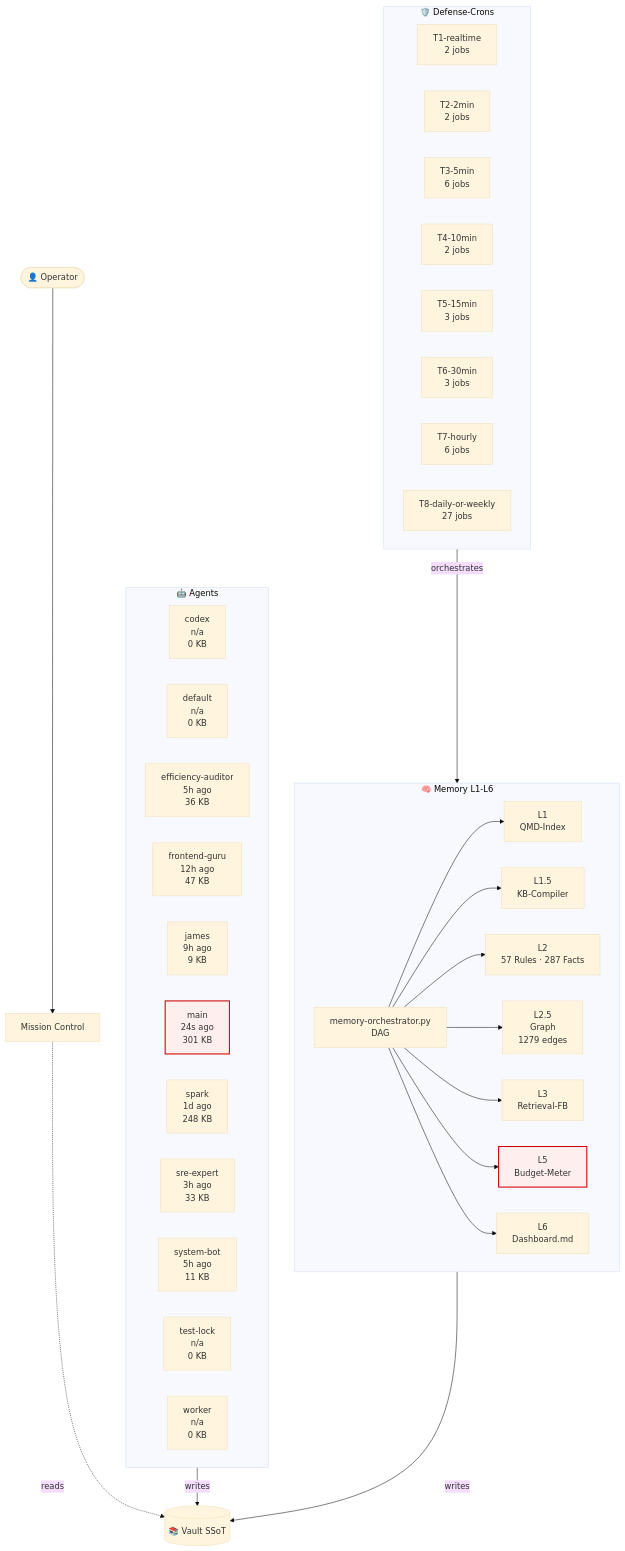
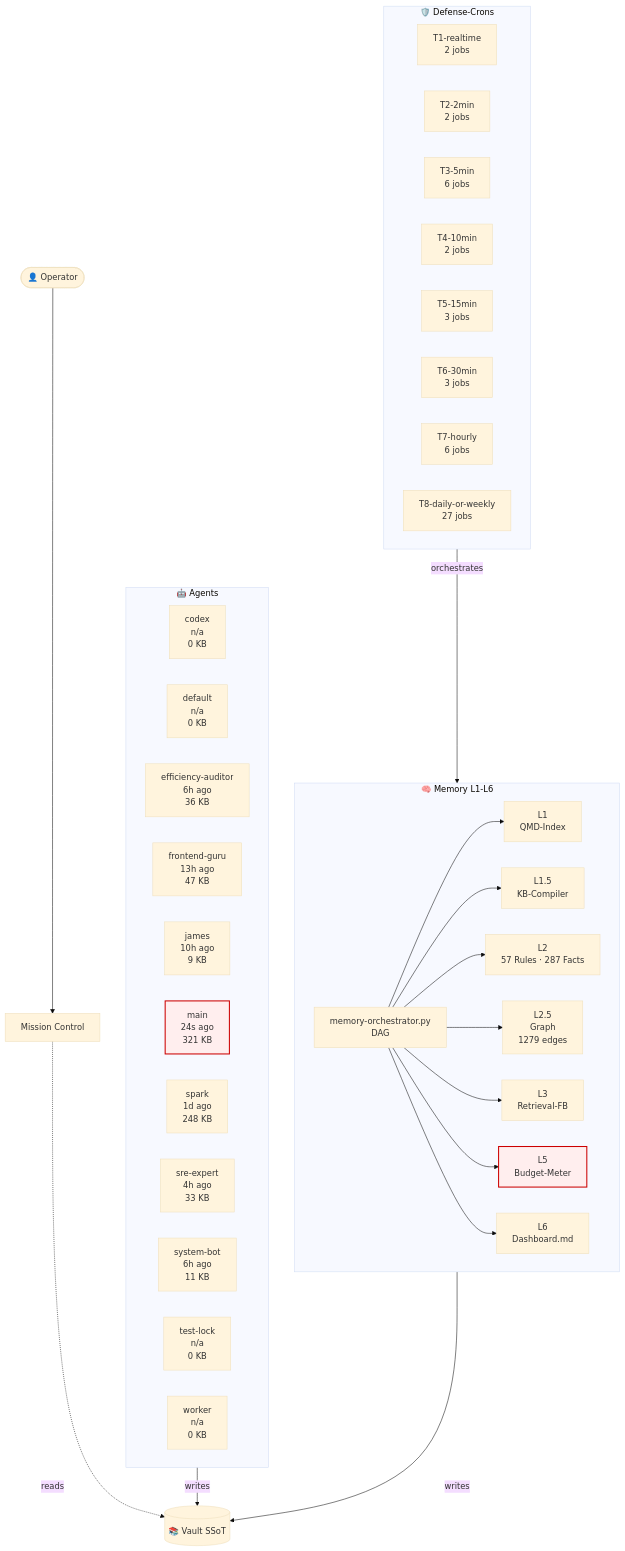
The diagram in 03-Agents/architecture-live.md (lenardhuebner88-rgb/openclaw-memory), drawn with Mermaid (base theme) before and after one commit. The commit also changed other lines of this file and 1 other file, not shown here.

````diff
--- a/03-Agents/architecture-live.md
+++ b/03-Agents/architecture-live.md
@@ -18,54 +18,54 @@
 ```mermaid
 flowchart TB
     classDef critical fill:#fee,stroke:#c00,stroke-width:2px;
     subgraph AGT["🤖 Agents"]
         agent_codex["codex<br/>n/a<br/>0 KB"]
         agent_default["default<br/>n/a<br/>0 KB"]
-        agent_efficiency_auditor["efficiency-auditor<br/>5h ago<br/>36 KB"]
-        agent_frontend_guru["frontend-guru<br/>12h ago<br/>47 KB"]
-        agent_james["james<br/>9h ago<br/>9 KB"]
-        agent_main["main<br/>24s ago<br/>301 KB"]
+        agent_efficiency_auditor["efficiency-auditor<br/>6h ago<br/>36 KB"]
+        agent_frontend_guru["frontend-guru<br/>13h ago<br/>47 KB"]
+        agent_james["james<br/>10h ago<br/>9 KB"]
+        agent_main["main<br/>24s ago<br/>321 KB"]
         agent_spark["spark<br/>1d ago<br/>248 KB"]
-        agent_sre_expert["sre-expert<br/>3h ago<br/>33 KB"]
-        agent_system_bot["system-bot<br/>5h ago<br/>11 KB"]
+        agent_sre_expert["sre-expert<br/>4h ago<br/>33 KB"]
+        agent_system_bot["system-bot<br/>6h ago<br/>11 KB"]
         agent_test_lock["test-lock<br/>n/a<br/>0 KB"]
         agent_worker["worker<br/>n/a<br/>0 KB"]
     end
     subgraph MEM["🧠 Memory L1-L6"]
         L1["L1<br/>QMD-Index"]
         L15["L1.5<br/>KB-Compiler"]
         L2["L2<br/>57 Rules · 287 Facts"]
         L25["L2.5<br/>Graph<br/>1279 edges"]
         L3["L3<br/>Retrieval-FB"]
         L5["L5<br/>Budget-Meter"]
         L6["L6<br/>Dashboard.md"]
         ORCH["memory-orchestrator.py<br/>DAG"]
     end
     subgraph CRN["🛡️ Defense-Crons"]
         tier_T1_realtime["T1-realtime<br/>2 jobs"]
         tier_T2_2min["T2-2min<br/>2 jobs"]
         tier_T3_5min["T3-5min<br/>6 jobs"]
         tier_T4_10min["T4-10min<br/>2 jobs"]
         tier_T5_15min["T5-15min<br/>3 jobs"]
         tier_T6_30min["T6-30min<br/>3 jobs"]
         tier_T7_hourly["T7-hourly<br/>6 jobs"]
         tier_T8_daily_or_weekly["T8-daily-or-weekly<br/>27 jobs"]
     end
     VAULT[("📚 Vault SSoT")]
     OP([👤 Operator])
     MC["Mission Control"]
     OP --> MC
     MC -.reads.-> VAULT
     AGT -->|writes| VAULT
     MEM -->|writes| VAULT
     ORCH --> L1
     ORCH --> L15
     ORCH --> L2
     ORCH --> L25
     ORCH --> L3
     ORCH --> L5
     ORCH --> L6
     CRN -->|orchestrates| MEM
     class L5 critical
     class agent_main critical
 ```
````
